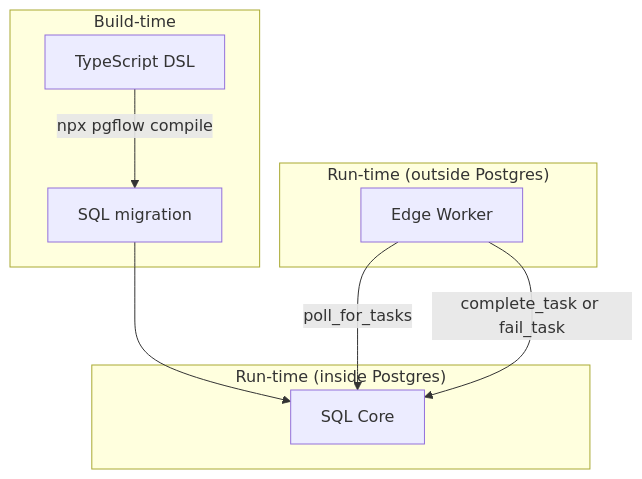
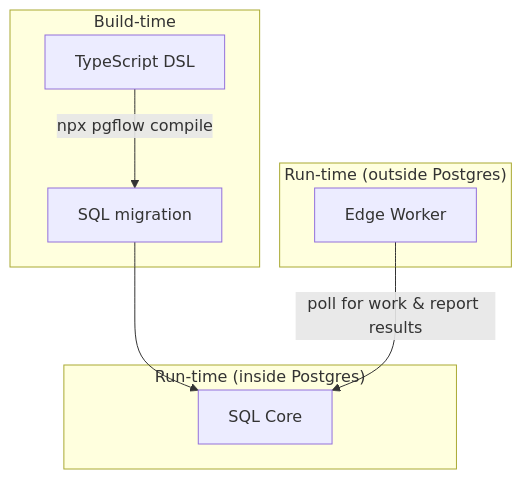
Before and after one commit to pgflow-dev/pgflow: the diagram in pkgs/website/src/assets/architecture-diagrams/three-layers.mermaid, drawn with Mermaid. The commit also changed 72 other files, not shown here.

```diff
--- a/pkgs/website/src/assets/architecture-diagrams/three-layers.mermaid
+++ b/pkgs/website/src/assets/architecture-diagrams/three-layers.mermaid
@@ -1,14 +1,13 @@
 graph TD
     subgraph "Build-time"
       DSL[TypeScript DSL]
       DSL -->|npx pgflow compile| SQL[SQL migration]
     end
     subgraph "Run-time (inside Postgres)"
       CORE["SQL Core"]
     end
     subgraph "Run-time (outside Postgres)"
       WORKER["Edge Worker"]
     end
     SQL --> CORE
-    WORKER -->|poll_for_tasks| CORE
-    WORKER -->|complete_task or fail_task| CORE
+    WORKER -->|poll for work & report results| CORE
```
